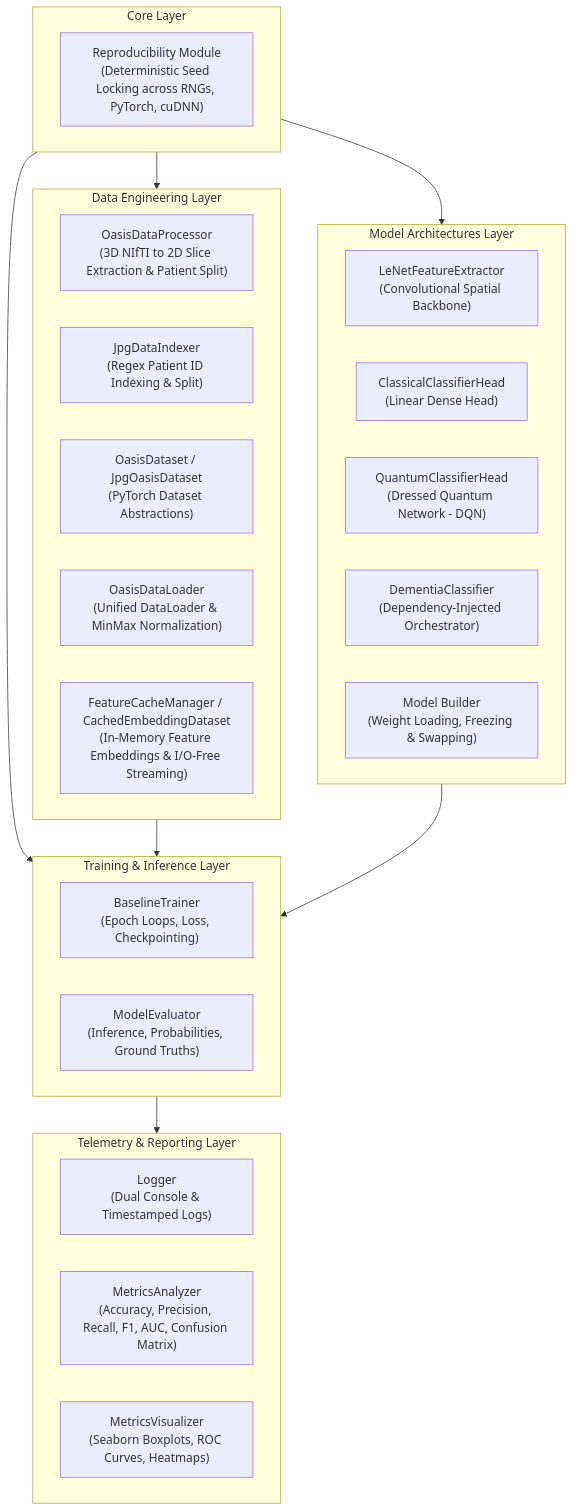
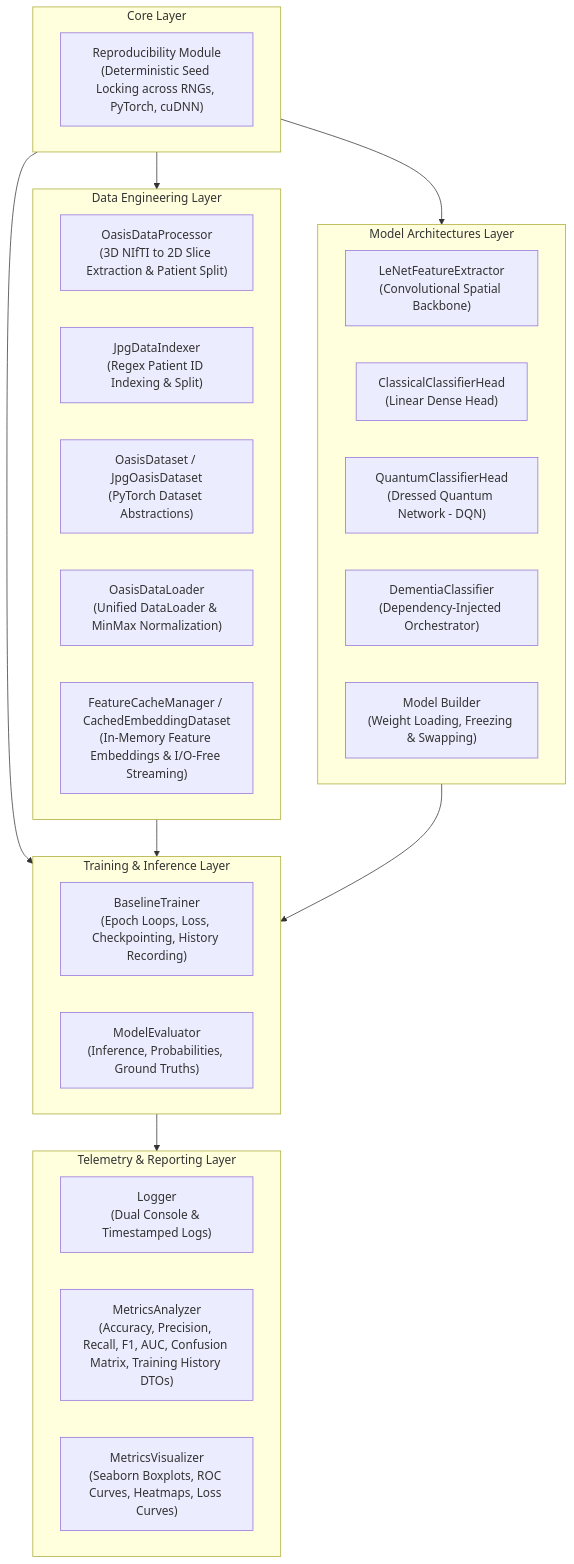
Before and after one commit to IC-QML-QTL-Dementia-Detection/dementia-boost: the first of 5 diagrams in docs/architecture.md, drawn with Mermaid. The commit also changed other lines of this file and 1 other file, not shown here.

Commit message:
docs: document training history flow and loss visualization

````diff
--- a/docs/architecture.md
+++ b/docs/architecture.md
@@ -11,40 +11,40 @@
 ```mermaid
 flowchart TD
     subgraph Core ["Core Layer"]
         REP["Reproducibility Module<br/>(Deterministic Seed Locking across RNGs, PyTorch, cuDNN)"]
     end
 
     subgraph Data ["Data Engineering Layer"]
         ETL_NIFTI["OasisDataProcessor<br/>(3D NIfTI to 2D Slice Extraction & Patient Split)"]
         ETL_JPG["JpgDataIndexer<br/>(Regex Patient ID Indexing & Split)"]
         DS["OasisDataset / JpgOasisDataset<br/>(PyTorch Dataset Abstractions)"]
         DL["OasisDataLoader<br/>(Unified DataLoader & MinMax Normalization)"]
         CACHE["FeatureCacheManager / CachedEmbeddingDataset<br/>(In-Memory Feature Embeddings & I/O-Free Streaming)"]
     end
 
     subgraph Models ["Model Architectures Layer"]
         FE["LeNetFeatureExtractor<br/>(Convolutional Spatial Backbone)"]
         CH["ClassicalClassifierHead<br/>(Linear Dense Head)"]
         QH["QuantumClassifierHead<br/>(Dressed Quantum Network - DQN)"]
         DC["DementiaClassifier<br/>(Dependency-Injected Orchestrator)"]
         BUILDER["Model Builder<br/>(Weight Loading, Freezing & Swapping)"]
     end
 
     subgraph Training ["Training & Inference Layer"]
-        TR["BaselineTrainer<br/>(Epoch Loops, Loss, Checkpointing)"]
+        TR["BaselineTrainer<br/>(Epoch Loops, Loss, Checkpointing, History Recording)"]
         EV["ModelEvaluator<br/>(Inference, Probabilities, Ground Truths)"]
     end
 
     subgraph Telemetry ["Telemetry & Reporting Layer"]
         LOG["Logger<br/>(Dual Console & Timestamped Logs)"]
-        MET["MetricsAnalyzer<br/>(Accuracy, Precision, Recall, F1, AUC, Confusion Matrix)"]
-        VIS["MetricsVisualizer<br/>(Seaborn Boxplots, ROC Curves, Heatmaps)"]
+        MET["MetricsAnalyzer<br/>(Accuracy, Precision, Recall, F1, AUC, Confusion Matrix, Training History DTOs)"]
+        VIS["MetricsVisualizer<br/>(Seaborn Boxplots, ROC Curves, Heatmaps, Loss Curves)"]
     end
 
     Core --> Data
     Core --> Models
     Core --> Training
     Data --> Training
     Models --> Training
     Training --> Telemetry
 ```
````
